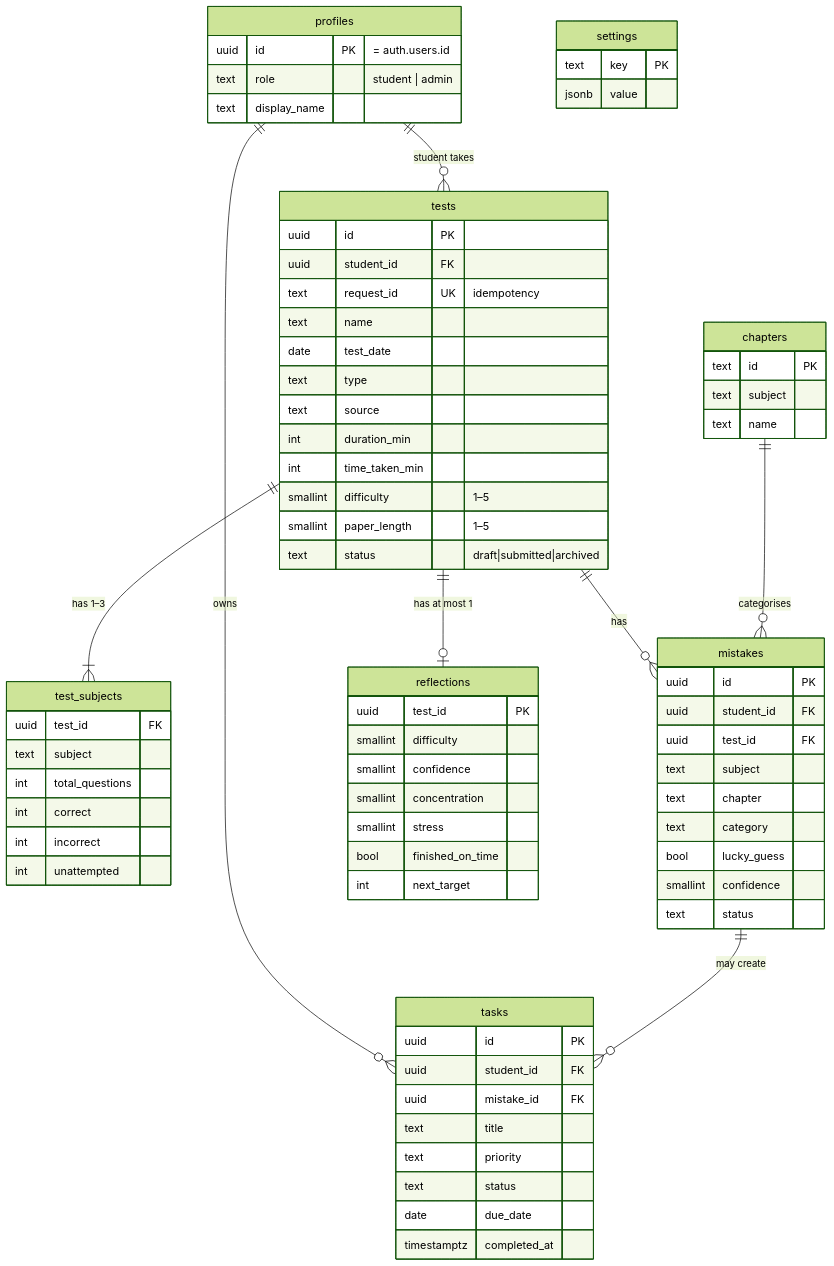
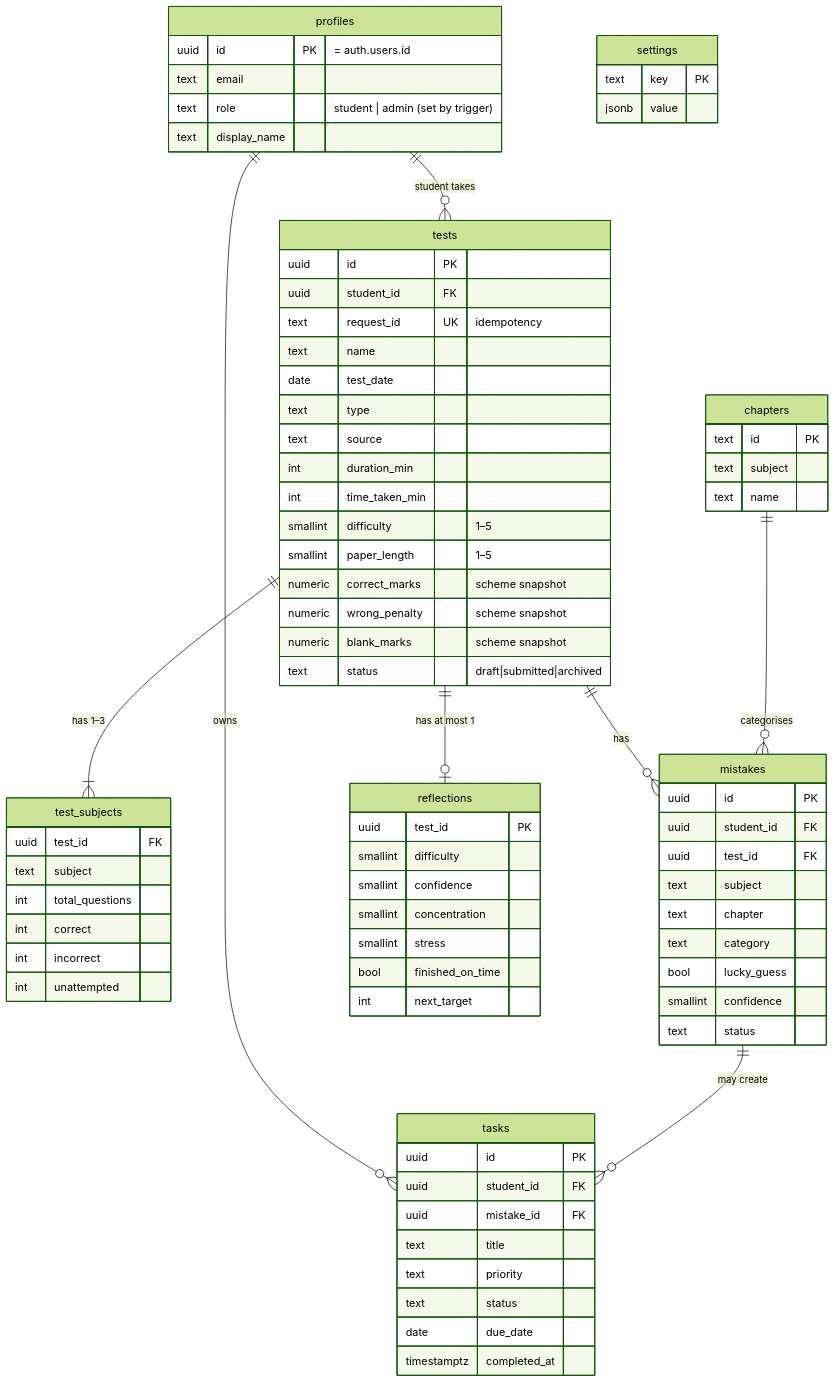
The diagram in docs/05-database-schema.md (AbhiRajjjj-code/HitNeet), drawn with Mermaid (forest theme) before and after one commit. The commit also changed other lines of this file and 12 other files, not shown here.

````diff
--- a/docs/05-database-schema.md
+++ b/docs/05-database-schema.md
@@ -6,76 +6,80 @@
 ```mermaid
 erDiagram
   profiles ||--o{ tests : "student takes"
   tests ||--|{ test_subjects : "has 1–3"
   tests ||--o{ mistakes : "has"
   tests ||--o| reflections : "has at most 1"
   profiles ||--o{ tasks : "owns"
   mistakes ||--o{ tasks : "may create"
   chapters ||--o{ mistakes : "categorises"
   profiles {
     uuid id PK "= auth.users.id"
-    text role "student | admin"
+    text email
+    text role "student | admin (set by trigger)"
     text display_name
   }
   tests {
     uuid id PK
     uuid student_id FK
     text request_id UK "idempotency"
     text name
     date test_date
     text type
     text source
     int duration_min
     int time_taken_min
     smallint difficulty "1–5"
     smallint paper_length "1–5"
+    numeric correct_marks "scheme snapshot"
+    numeric wrong_penalty "scheme snapshot"
+    numeric blank_marks "scheme snapshot"
     text status "draft|submitted|archived"
   }
   test_subjects {
     uuid test_id FK
     text subject
     int total_questions
     int correct
     int incorrect
     int unattempted
   }
   mistakes {
     uuid id PK
     uuid student_id FK
     uuid test_id FK
     text subject
     text chapter
     text category
     bool lucky_guess
     smallint confidence
     text status
   }
   reflections {
     uuid test_id PK
     smallint difficulty
     smallint confidence
     smallint concentration
     smallint stress
     bool finished_on_time
     int next_target
   }
   tasks {
     uuid id PK
     uuid student_id FK
     uuid mistake_id FK
     text title
     text priority
     text status
     date due_date
     timestamptz completed_at
   }
   chapters {
     text id PK
     text subject
     text name
   }
   settings {
     text key PK
     jsonb value
   }
 ```
````
